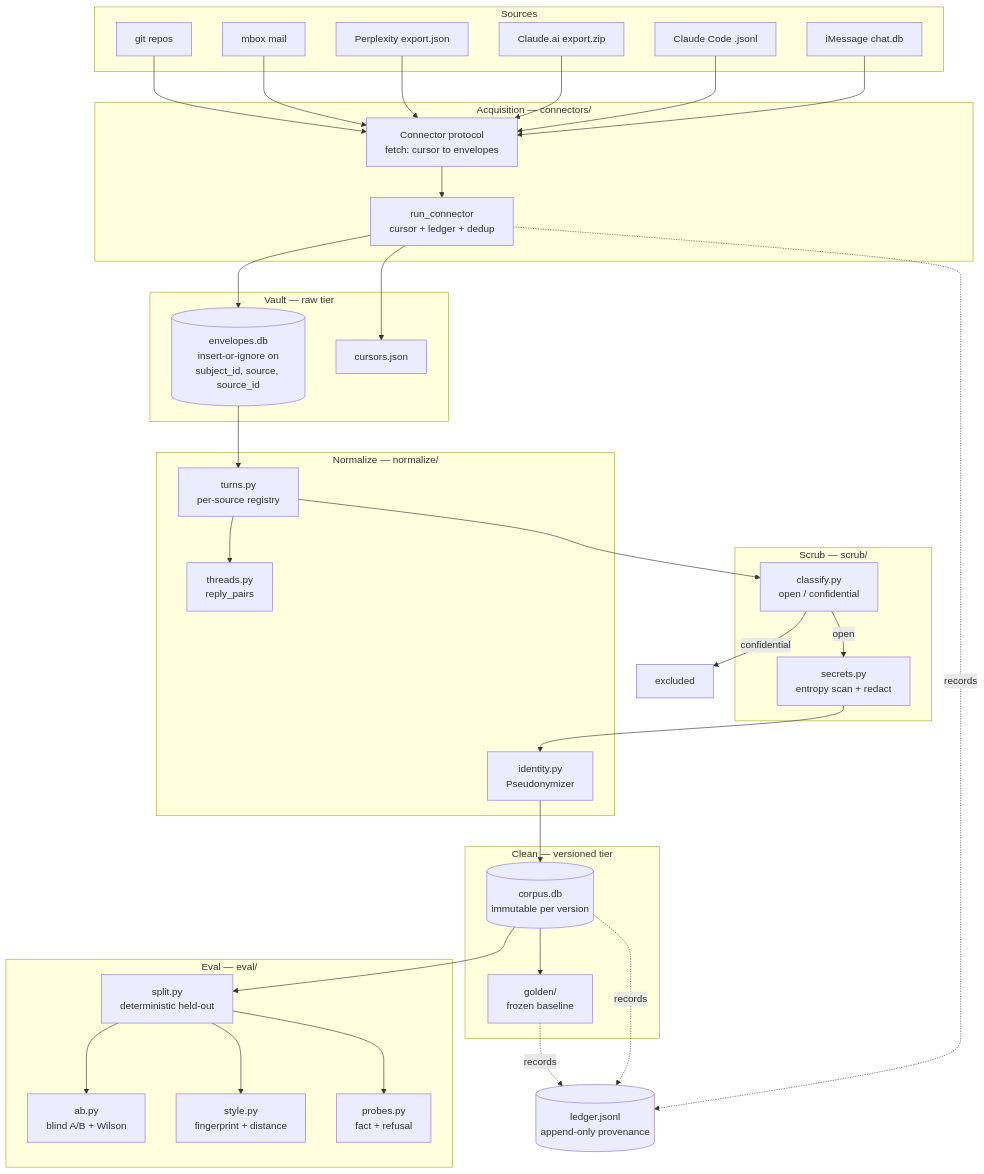
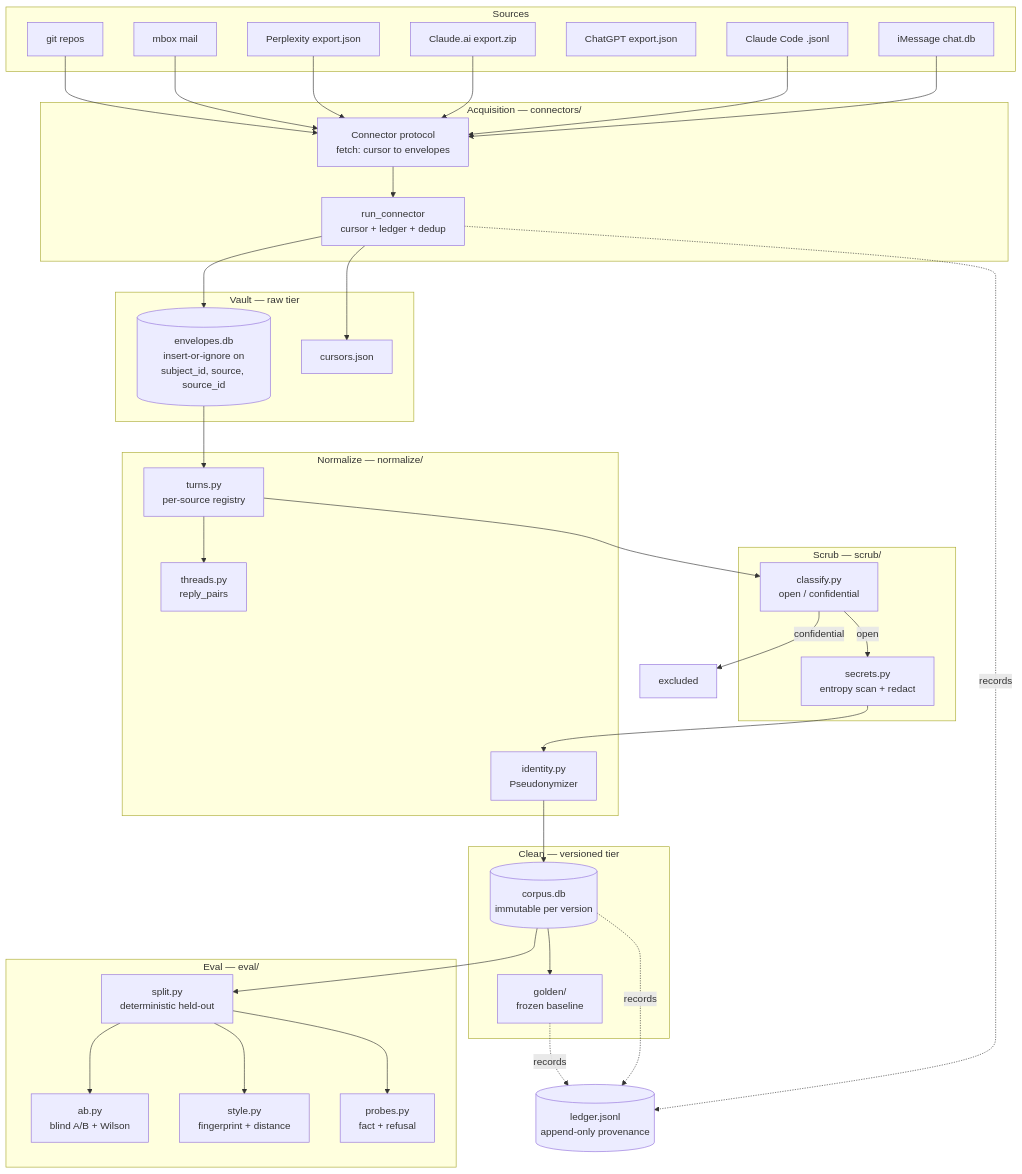
One commit to marcusk639/persona-twin changed the diagram in docs/architecture.md. Above: the diagram before and after it, drawn with Mermaid. The commit also changed other lines of this file and 5 other files, not shown here.

````diff
--- a/docs/architecture.md
+++ b/docs/architecture.md
@@ -9,59 +9,60 @@
 ```mermaid
 graph TB
     subgraph Sources
         IM[iMessage chat.db]
         CC[Claude Code .jsonl]
         CA[Claude.ai export.zip]
         PX[Perplexity export.json]
+        GPT[ChatGPT export.json]
         MB[mbox mail]
         GIT[git repos]
     end
 
     subgraph "Acquisition — connectors/"
         CONN[Connector protocol<br/>fetch: cursor to envelopes]
         RUN[run_connector<br/>cursor + ledger + dedup]
     end
 
     subgraph "Vault — raw tier"
         VAULT[(envelopes.db<br/>insert-or-ignore on<br/>subject_id, source, source_id)]
         CUR[cursors.json]
     end
 
     subgraph "Normalize — normalize/"
         NORM[turns.py<br/>per-source registry]
         PSEUDO[identity.py<br/>Pseudonymizer]
         THREAD[threads.py<br/>reply_pairs]
     end
 
     subgraph "Scrub — scrub/"
         CLS[classify.py<br/>open / confidential]
         SEC[secrets.py<br/>entropy scan + redact]
     end
 
     subgraph "Clean — versioned tier"
         CORPUS[(corpus.db<br/>immutable per version)]
         GOLD[golden/<br/>frozen baseline]
     end
 
     subgraph "Eval — eval/"
         SPLIT[split.py<br/>deterministic held-out]
         AB[ab.py<br/>blind A/B + Wilson]
         STYLE[style.py<br/>fingerprint + distance]
         PROBE[probes.py<br/>fact + refusal]
     end
 
     LEDGER[(ledger.jsonl<br/>append-only provenance)]
 
     IM & CC & CA & PX & MB & GIT --> CONN --> RUN
     RUN --> VAULT
     RUN --> CUR
     RUN -.records.-> LEDGER
     VAULT --> NORM --> CLS
     CLS -->|open| SEC --> PSEUDO --> CORPUS
     CLS -->|confidential| DROP[excluded]
     CORPUS --> GOLD
     CORPUS --> SPLIT --> AB & STYLE & PROBE
     NORM --> THREAD
     CORPUS -.records.-> LEDGER
     GOLD -.records.-> LEDGER
 ```
````
